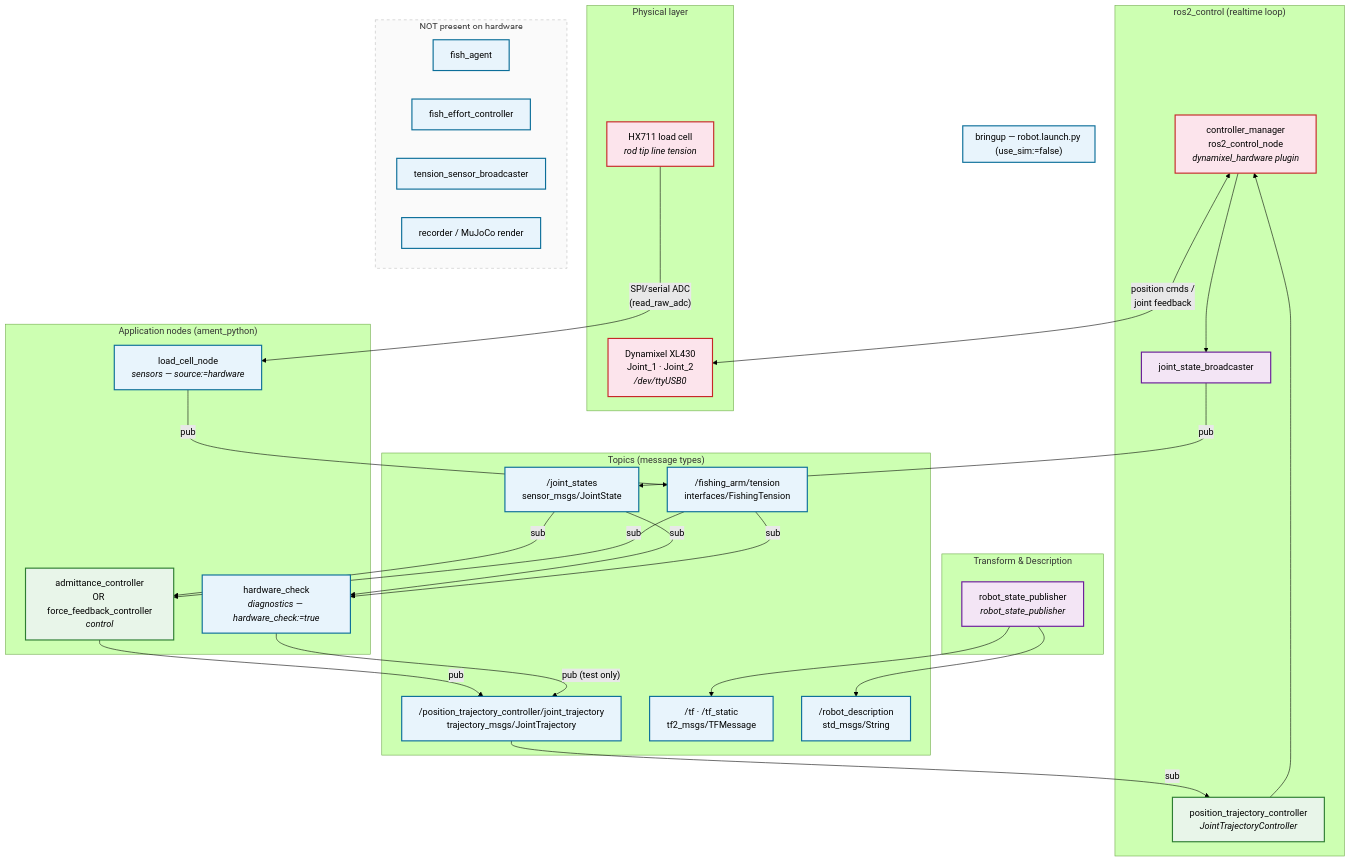
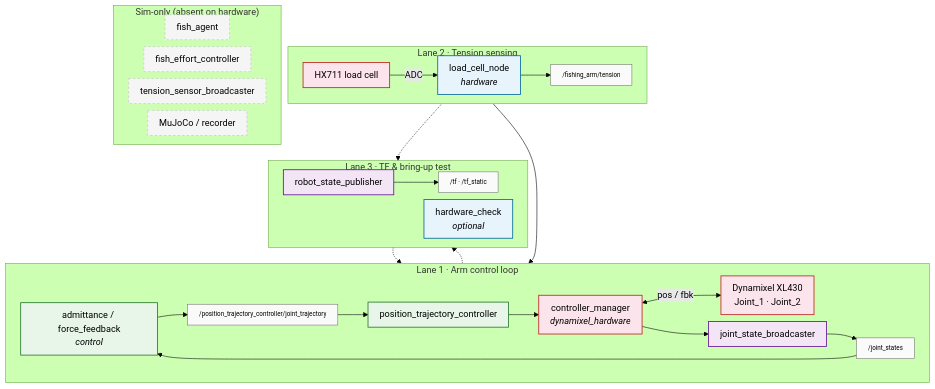
The diagram in software/docs/diagrams/hardware_ros2_graph.mmd (nzge/fishing-bot), drawn with Mermaid (forest theme) before and after one commit. The commit also changed 39 other files, not shown here.

```diff
--- a/software/docs/diagrams/hardware_ros2_graph.mmd
+++ b/software/docs/diagrams/hardware_ros2_graph.mmd
@@ -1,70 +1,50 @@
-%% Fishing Robot — Hardware ROS 2 Graph
-%% Standalone diagram for reports. Also embedded in docs/ros2/hardware.md
-%% Render: https://mermaid.live  |  mmdc -i hardware_ros2_graph.mmd -o hardware_ros2_graph.svg
+%% Fishing Robot — Hardware ROS 2 Graph (report layout: wide lanes)
+%%{init: {'flowchart': {'nodeSpacing': 12, 'rankSpacing': 28, 'padding': 10, 'htmlLabels': true}}}%%
 
 flowchart TB
-    classDef node fill:#e8f4fc,stroke:#0b6e99,stroke-width:2px
-    classDef hw fill:#fce4ec,stroke:#c62828,stroke-width:2px
-    classDef ctrl fill:#e8f5e9,stroke:#2e7d32,stroke-width:2px
-    classDef infra fill:#f3e5f5,stroke:#6a1b9a,stroke-width:2px
+    classDef node fill:#e8f4fc,stroke:#0b6e99,stroke-width:1.5px
+    classDef hw fill:#fce4ec,stroke:#c62828,stroke-width:1.5px
+    classDef ctrl fill:#e8f5e9,stroke:#2e7d32,stroke-width:1.5px
+    classDef infra fill:#f3e5f5,stroke:#6a1b9a,stroke-width:1.5px
+    classDef topic fill:#fafafa,stroke:#757575,stroke-width:1px,font-size:11px
+    classDef absent fill:#f5f5f5,stroke:#bdbdbd,stroke-width:1px,stroke-dasharray:4 4
 
-    subgraph launch["bringup — robot.launch.py (use_sim:=false)"]
-        direction TB
+    subgraph lane1["Lane 1 · Arm control loop"]
+        direction LR
+        CTRL["admittance / force_feedback<br/><i>control</i>"]:::ctrl
+        T_TRAJ["/position_trajectory_controller/joint_trajectory"]:::topic
+        PTC["position_trajectory_controller"]:::ctrl
+        CM["controller_manager<br/><i>dynamixel_hardware</i>"]:::hw
+        DX["Dynamixel XL430<br/>Joint_1 · Joint_2"]:::hw
+        JSB["joint_state_broadcaster"]:::infra
+        T_JS["/joint_states"]:::topic
+        CTRL --> T_TRAJ --> PTC --> CM <-->|pos / fbk| DX
+        CM --> JSB --> T_JS --> CTRL
     end
 
-    subgraph tf["Transform & Description"]
-        RSP["robot_state_publisher<br/><i>robot_state_publisher</i>"]:::infra
+    subgraph lane2["Lane 2 · Tension sensing"]
+        direction LR
+        HX["HX711 load cell"]:::hw
+        LC["load_cell_node<br/><i>hardware</i>"]:::node
+        T_TEN["/fishing_arm/tension"]:::topic
+        HX -->|"ADC"| LC --> T_TEN --> CTRL
     end
 
-    subgraph hw_ctrl["ros2_control (realtime loop)"]
-        CM["controller_manager<br/>ros2_control_node<br/><i>dynamixel_hardware plugin</i>"]:::hw
-        JSB["joint_state_broadcaster"]:::infra
-        PTC["position_trajectory_controller<br/><i>JointTrajectoryController</i>"]:::ctrl
+    subgraph lane3["Lane 3 · TF & bring-up test"]
+        direction LR
+        RSP["robot_state_publisher"]:::infra
+        T_TF["/tf · /tf_static"]:::topic
+        HWC["hardware_check<br/><i>optional</i>"]:::node
+        RSP --> T_TF
+        HWC -.-> T_TRAJ
+        T_JS -.-> HWC
+        T_TEN -.-> HWC
     end
 
-    subgraph physical["Physical layer"]
-        DX["Dynamixel XL430<br/>Joint_1 · Joint_2<br/><i>/dev/ttyUSB0</i>"]:::hw
-        HX["HX711 load cell<br/><i>rod tip line tension</i>"]:::hw
+    subgraph lane4["Sim-only (absent on hardware)"]
+        direction LR
+        X1["fish_agent"]:::absent
+        X2["fish_effort_controller"]:::absent
+        X3["tension_sensor_broadcaster"]:::absent
+        X4["MuJoCo / recorder"]:::absent
     end
-
-    subgraph apps["Application nodes (ament_python)"]
-        CTRL["admittance_controller<br/>OR force_feedback_controller<br/><i>control</i>"]:::ctrl
-        LC["load_cell_node<br/><i>sensors — source:=hardware</i>"]:::node
-        HWC["hardware_check<br/><i>diagnostics — hardware_check:=true</i>"]:::node
-    end
-
-    subgraph absent["NOT present on hardware"]
-        direction LR
-        X1["fish_agent"] 
-        X2["fish_effort_controller"]
-        X3["tension_sensor_broadcaster"]
-        X4["recorder / MuJoCo render"]
-    end
-
-    subgraph topics["Topics (message types)"]
-        T_JS["/joint_states<br/>sensor_msgs/JointState"]
-        T_TRAJ["/position_trajectory_controller/joint_trajectory<br/>trajectory_msgs/JointTrajectory"]
-        T_TEN["/fishing_arm/tension<br/>interfaces/FishingTension"]
-        T_TF["/tf · /tf_static<br/>tf2_msgs/TFMessage"]
-        T_RD["/robot_description<br/>std_msgs/String"]
-    end
-
-    RSP --> T_RD
-    RSP --> T_TF
-
-    CTRL -->|"pub"| T_TRAJ
-    T_TRAJ -->|"sub"| PTC
-    HWC -->|"pub (test only)"| T_TRAJ
-    PTC --> CM
-    CM <-->|"position cmds /<br/>joint feedback"| DX
-    CM --> JSB
-    JSB -->|"pub"| T_JS
-    T_JS -->|"sub"| CTRL
-    T_JS -->|"sub"| HWC
-
-    HX -->|"SPI/serial ADC<br/>(read_raw_adc)"| LC
-    LC -->|"pub"| T_TEN
-    T_TEN -->|"sub"| CTRL
-    T_TEN -->|"sub"| HWC
-
-    style absent fill:#fafafa,stroke:#bdbdbd,stroke-dasharray: 5 5
```
